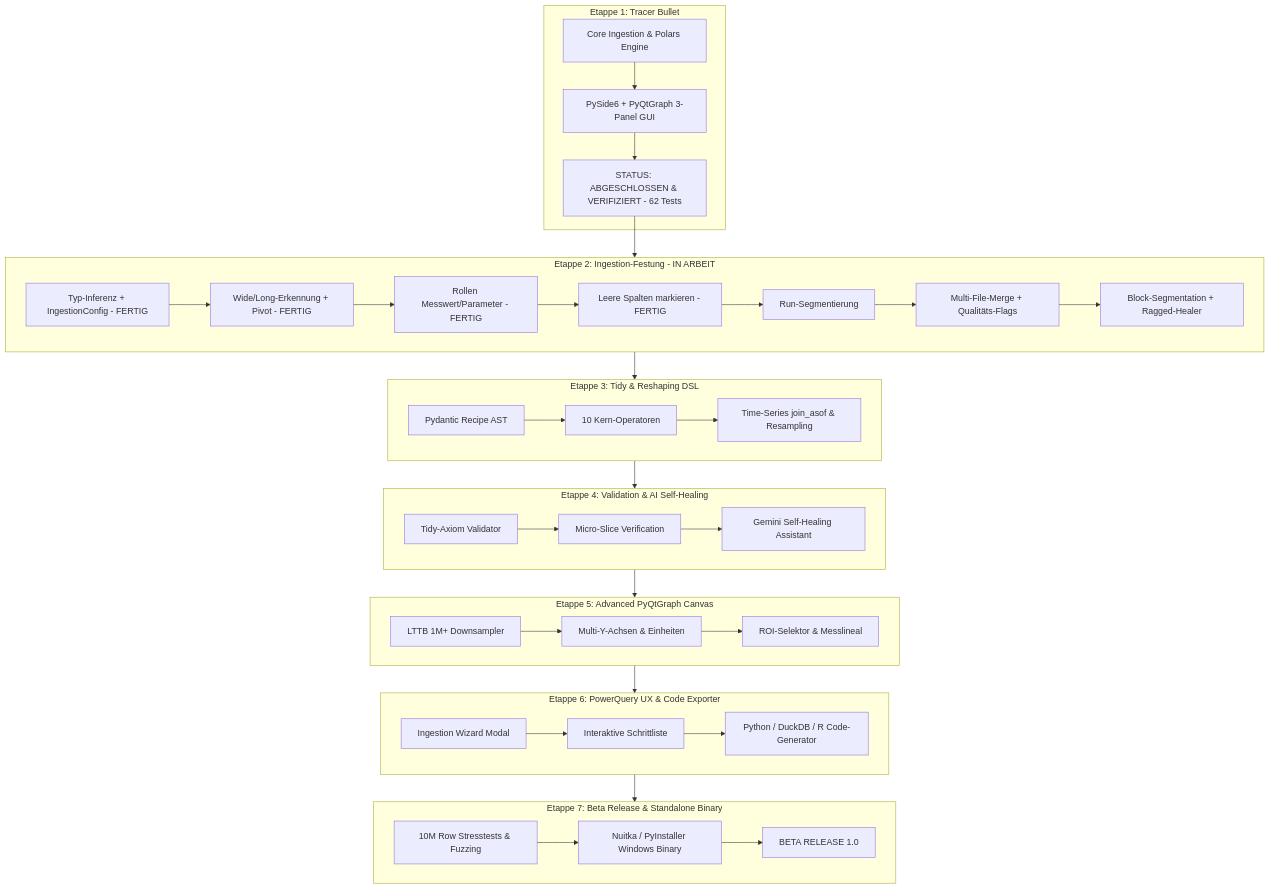
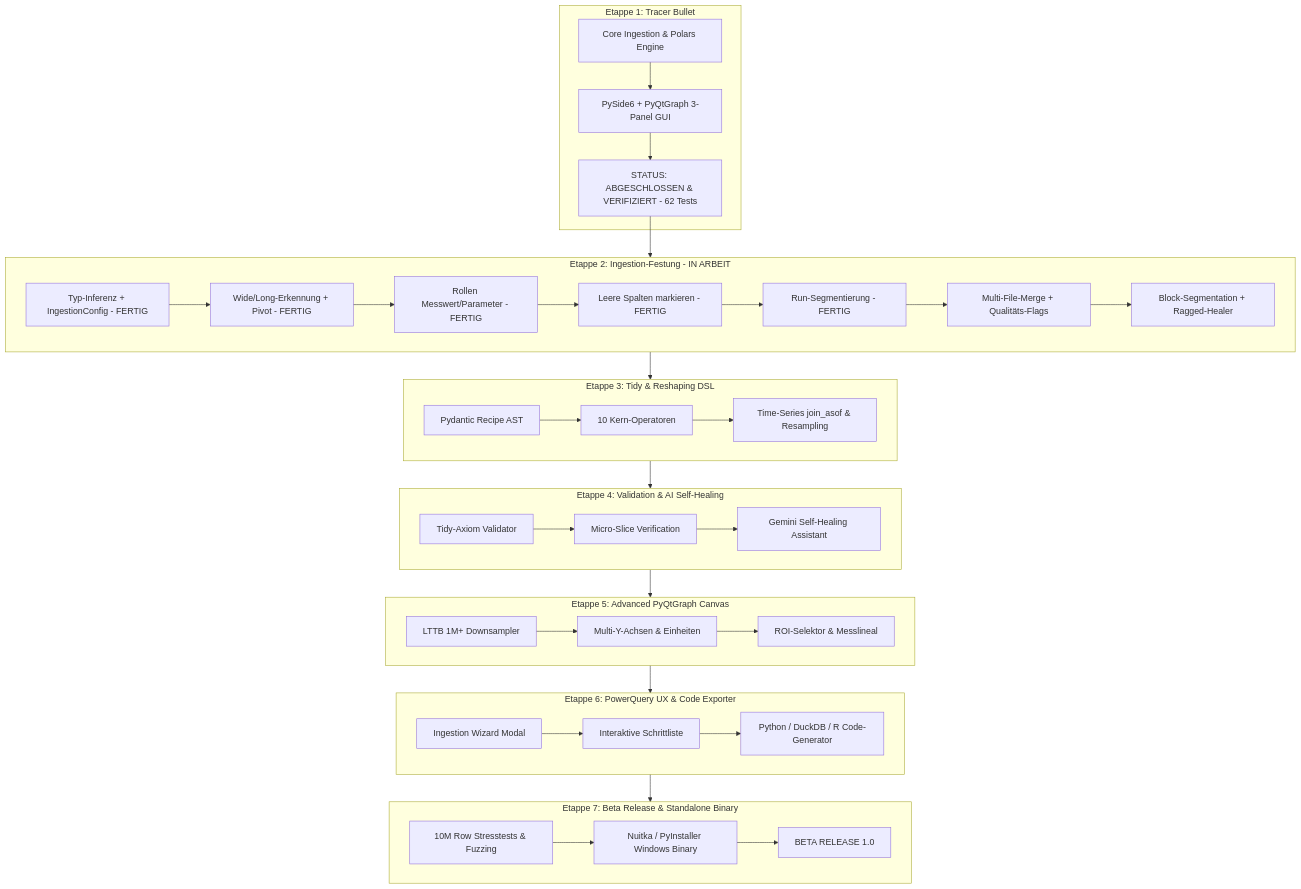
Before and after one commit to SeTi100/Datualizer: the diagram in docs/MASTER_ETAPPEN_PLAN.md, drawn with Mermaid. The commit also changed other lines of this file and 13 other files, not shown here.

First line of the commit message:
Run-Segmentierung: Run-Übersicht, Kanalverfügbarkeit und Run-Filter (P10, P11, P18)

````diff
--- a/docs/MASTER_ETAPPEN_PLAN.md
+++ b/docs/MASTER_ETAPPEN_PLAN.md
@@ -23,48 +23,48 @@
 ```mermaid
 flowchart TD
     subgraph E1 [Etappe 1: Tracer Bullet]
         E1_Core[Core Ingestion & Polars Engine] --> E1_GUI[PySide6 + PyQtGraph 3-Panel GUI]
         E1_GUI --> E1_Done[STATUS: ABGESCHLOSSEN & VERIFIZIERT - 62 Tests]
     end
 
     subgraph E2 [Etappe 2: Ingestion-Festung - IN ARBEIT]
         E2_Type[Typ-Inferenz + IngestionConfig - FERTIG] --> E2_Long[Wide/Long-Erkennung + Pivot - FERTIG]
         E2_Long --> E2_Role[Rollen Messwert/Parameter - FERTIG]
         E2_Role --> E2_Empty[Leere Spalten markieren - FERTIG]
-        E2_Empty --> E2_Run[Run-Segmentierung]
+        E2_Empty --> E2_Run[Run-Segmentierung - FERTIG]
         E2_Run --> E2_Merge[Multi-File-Merge + Qualitäts-Flags]
         E2_Merge --> E2_Block[Block-Segmentation + Ragged-Healer]
     end
 
     subgraph E3 [Etappe 3: Tidy & Reshaping DSL]
         E3_AST[Pydantic Recipe AST] --> E3_Ops[10 Kern-Operatoren]
         E3_Ops --> E3_Time[Time-Series join_asof & Resampling]
     end
 
     subgraph E4 [Etappe 4: Validation & AI Self-Healing]
         E4_Axiom[Tidy-Axiom Validator] --> E4_Slice[Micro-Slice Verification]
         E4_Slice --> E4_LLM[Gemini Self-Healing Assistant]
     end
 
     subgraph E5 [Etappe 5: Advanced PyQtGraph Canvas]
         E5_LTTB[LTTB 1M+ Downsampler] --> E5_Axes[Multi-Y-Achsen & Einheiten]
         E5_Axes --> E5_Tools[ROI-Selektor & Messlineal]
     end
 
     subgraph E6 [Etappe 6: PowerQuery UX & Code Exporter]
         E6_Wiz[Ingestion Wizard Modal] --> E6_Hist[Interaktive Schrittliste]
         E6_Hist --> E6_Export[Python / DuckDB / R Code-Generator]
     end
 
     subgraph E7 [Etappe 7: Beta Release & Standalone Binary]
         E7_Bench[10M Row Stresstests & Fuzzing] --> E7_Pack[Nuitka / PyInstaller Windows Binary]
         E7_Pack --> E7_Release[BETA RELEASE 1.0]
     end
 
     E1_Done --> E2
     E2 --> E3
     E3 --> E4
     E4 --> E5
     E5 --> E6
     E6 --> E7
 ```
````
